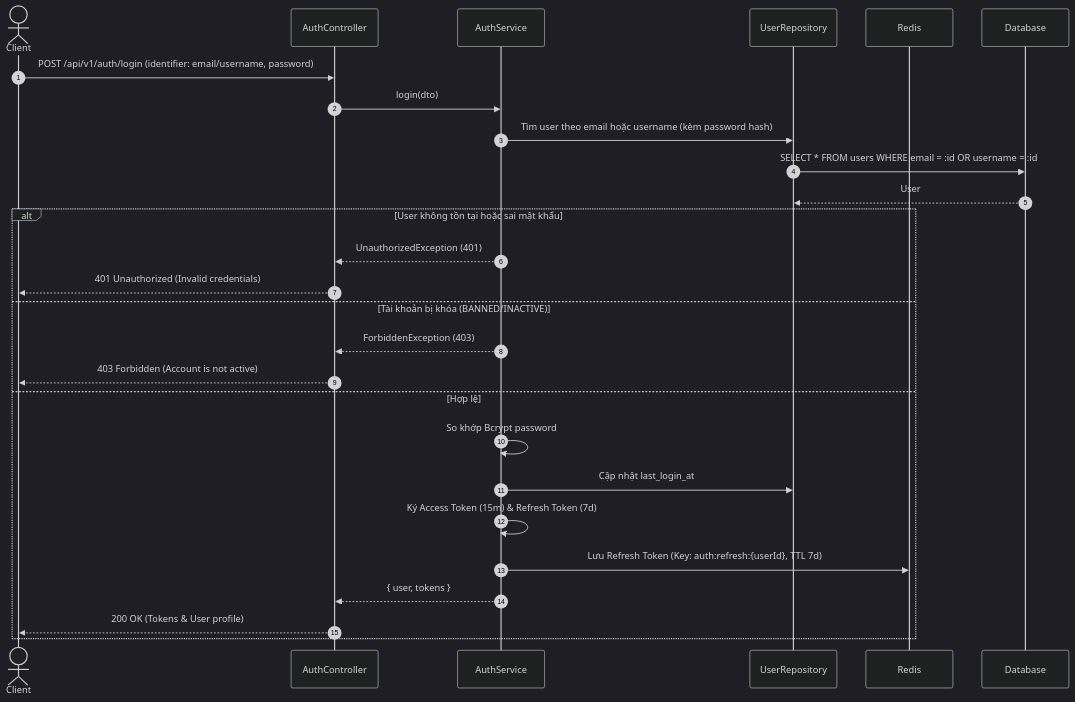
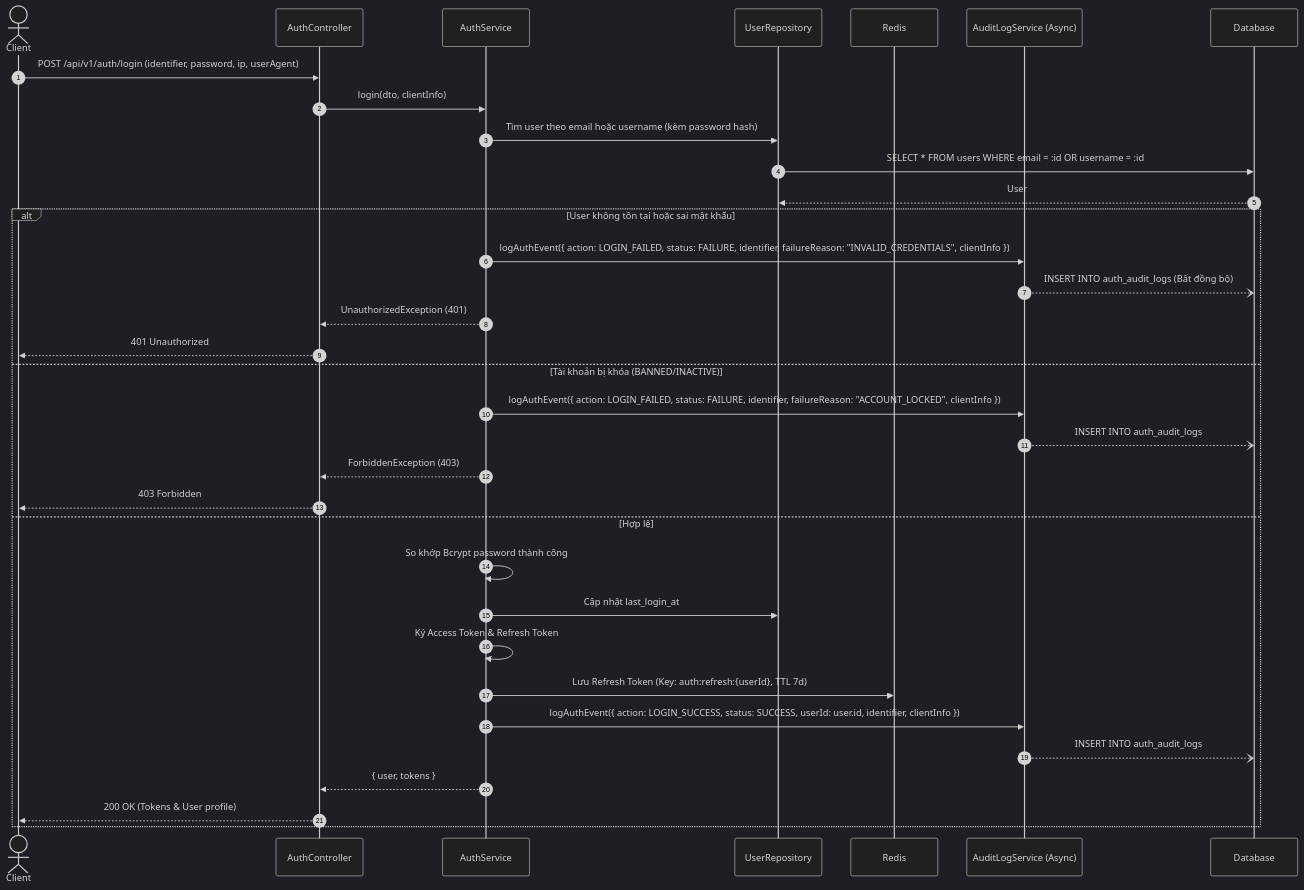
One commit to binhpn212002/aws-social changed the second of 4 diagrams in social-api/specs/auth/basic-design.md. Above: the diagram before and after it, drawn with Mermaid (dark theme). The commit also changed other lines of this file and 25 other files, not shown here.

````diff
--- a/social-api/specs/auth/basic-design.md
+++ b/social-api/specs/auth/basic-design.md
@@ -109,30 +139,38 @@
 ```mermaid
 sequenceDiagram
     autonumber
     actor Client
-    participant AuthController
-    participant AuthService
-    participant UserRepository
+    participant AuthCtrl as AuthController
+    participant AuthSvc as AuthService
+    participant UserRepo as UserRepository
     participant Redis
+    participant AuditSvc as AuditLogService (Async)
     participant Database
 
-    Client->>AuthController: POST /api/v1/auth/login (identifier: email/username, password)
-    AuthController->>AuthService: login(dto)
-    AuthService->>UserRepository: Tìm user theo email hoặc username (kèm password hash)
-    UserRepository->>Database: SELECT * FROM users WHERE email = :id OR username = :id
-    Database-->>UserRepository: User
+    Client->>AuthCtrl: POST /api/v1/auth/login (identifier, password, ip, userAgent)
+    AuthCtrl->>AuthSvc: login(dto, clientInfo)
+    AuthSvc->>UserRepo: Tìm user theo email hoặc username (kèm password hash)
+    UserRepo->>Database: SELECT * FROM users WHERE email = :id OR username = :id
+    Database-->>UserRepo: User
+
     alt User không tồn tại hoặc sai mật khẩu
-        AuthService-->>AuthController: UnauthorizedException (401)
-        AuthController-->>Client: 401 Unauthorized (Invalid credentials)
+        AuthSvc->>AuditSvc: logAuthEvent({ action: LOGIN_FAILED, status: FAILURE, identifier, failureReason: "INVALID_CREDENTIALS", clientInfo })
+        AuditSvc--)Database: INSERT INTO auth_audit_logs (Bất đồng bộ)
+        AuthSvc-->>AuthCtrl: UnauthorizedException (401)
+        AuthCtrl-->>Client: 401 Unauthorized
     else Tài khoản bị khóa (BANNED/INACTIVE)
-        AuthService-->>AuthController: ForbiddenException (403)
-        AuthController-->>Client: 403 Forbidden (Account is not active)
+        AuthSvc->>AuditSvc: logAuthEvent({ action: LOGIN_FAILED, status: FAILURE, identifier, failureReason: "ACCOUNT_LOCKED", clientInfo })
+        AuditSvc--)Database: INSERT INTO auth_audit_logs
+        AuthSvc-->>AuthCtrl: ForbiddenException (403)
+        AuthCtrl-->>Client: 403 Forbidden
     else Hợp lệ
-        AuthService->>AuthService: So khớp Bcrypt password
-        AuthService->>UserRepository: Cập nhật last_login_at
-        AuthService->>AuthService: Ký Access Token (15m) & Refresh Token (7d)
-        AuthService->>Redis: Lưu Refresh Token (Key: auth:refresh:{userId}, TTL 7d)
-        AuthService-->>AuthController: { user, tokens }
-        AuthController-->>Client: 200 OK (Tokens & User profile)
+        AuthSvc->>AuthSvc: So khớp Bcrypt password thành công
+        AuthSvc->>UserRepo: Cập nhật last_login_at
+        AuthSvc->>AuthSvc: Ký Access Token & Refresh Token
+        AuthSvc->>Redis: Lưu Refresh Token (Key: auth:refresh:{userId}, TTL 7d)
+        AuthSvc->>AuditSvc: logAuthEvent({ action: LOGIN_SUCCESS, status: SUCCESS, userId: user.id, identifier, clientInfo })
+        AuditSvc--)Database: INSERT INTO auth_audit_logs
+        AuthSvc-->>AuthCtrl: { user, tokens }
+        AuthCtrl-->>Client: 200 OK (Tokens & User profile)
     end
 ```
````
